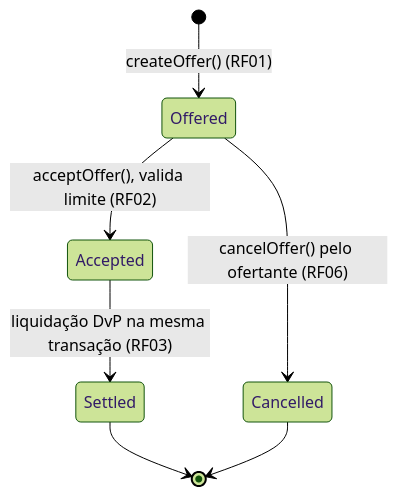
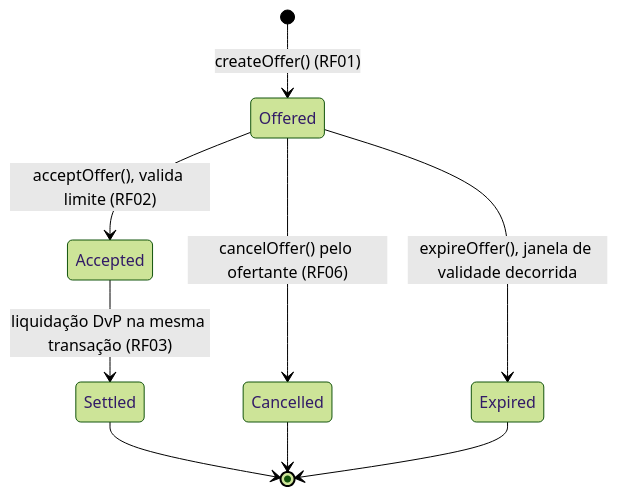
One commit to InteliBlockchain-IBC/projeto-banco-inter changed the diagram in contracts/docs/maquina-estados-oferta.md. Above: the diagram before and after it, drawn with Mermaid (forest theme). The commit also changed other lines of this file and 4 other files, not shown here.

````diff
--- a/contracts/docs/maquina-estados-oferta.md
+++ b/contracts/docs/maquina-estados-oferta.md
@@ -21,9 +38,11 @@
 ```mermaid
 stateDiagram-v2
     [*] --> Offered: createOffer() (RF01)
     Offered --> Accepted: acceptOffer(), valida limite (RF02)
     Accepted --> Settled: liquidação DvP na mesma transação (RF03)
     Offered --> Cancelled: cancelOffer() pelo ofertante (RF06)
+    Offered --> Expired: expireOffer(), janela de validade decorrida
     Settled --> [*]
     Cancelled --> [*]
+    Expired --> [*]
 ```
````
